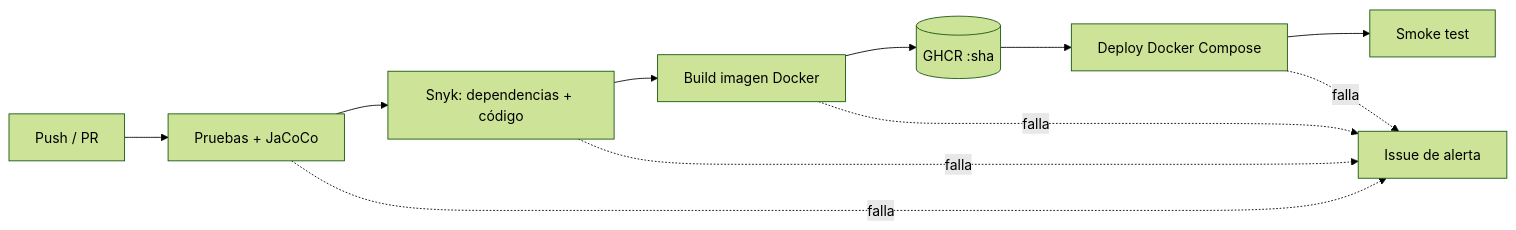
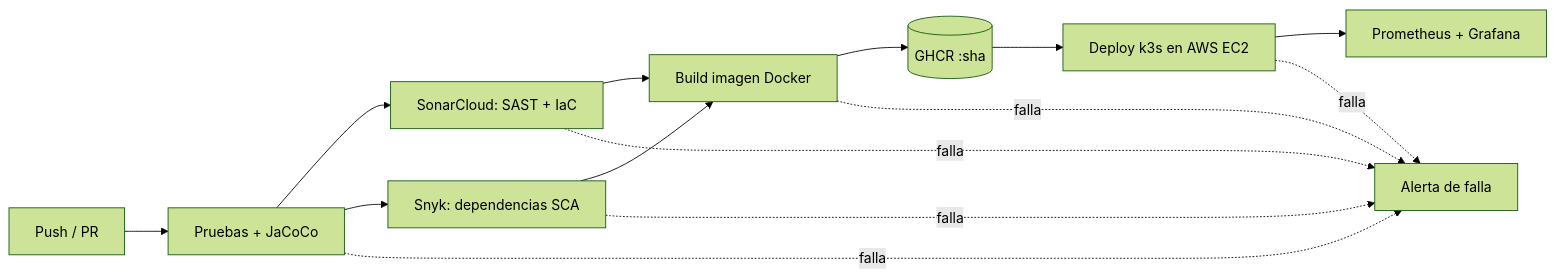
Before and after one commit to G4reen/ms-vehiculos: the diagram in README.md, drawn with Mermaid (forest theme). The commit also changed other lines of this file and 5 other files, not shown here.

````diff
--- a/README.md
+++ b/README.md
@@ -11,13 +11,16 @@
 ```mermaid
 flowchart LR
   Dev[Push / PR] --> T[Pruebas + JaCoCo]
-  T --> S[Snyk: dependencias + código]
-  S --> B[Build imagen Docker]
+  T --> SC[SonarCloud: SAST + IaC]
+  T --> S[Snyk: dependencias SCA]
+  SC --> B[Build imagen Docker]
+  S --> B
   B --> R[(GHCR :sha)]
-  R --> D[Deploy Docker Compose]
-  D --> H[Smoke test]
-  T -.falla.-> A[Issue de alerta]
+  R --> D[Deploy k3s en AWS EC2]
+  D --> O[Prometheus + Grafana]
+  T -.falla.-> A[Alerta de falla]
+  SC -.falla.-> A
   S -.falla.-> A
   B -.falla.-> A
   D -.falla.-> A
 ```
````
